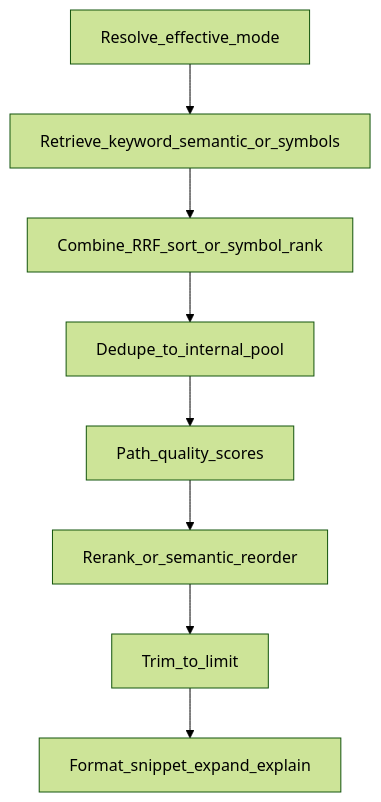
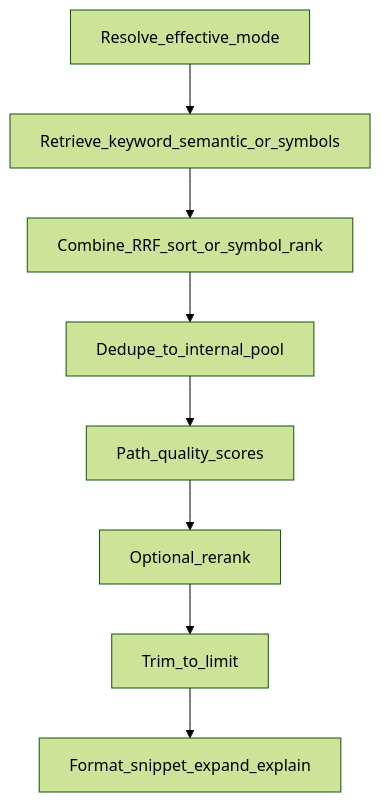
One commit to AndyAnh174/vibe-hnindex changed the diagram in docs/how-it-works.md. Above: the diagram before and after it, drawn with Mermaid (forest theme). The commit also changed other lines of this file and 51 other files, not shown here.

Commit message:
feat: v0.14.0 AST code graph and retrieval evaluation (#18)

````diff
--- a/docs/how-it-works.md
+++ b/docs/how-it-works.md
@@ -73,18 +73,18 @@
 ```mermaid
 flowchart TD
   resolve[Resolve_effective_mode]
   retrieve[Retrieve_keyword_semantic_or_symbols]
   combine[Combine_RRF_sort_or_symbol_rank]
   pool[Dedupe_to_internal_pool]
   pathq[Path_quality_scores]
-  rerankStep[Rerank_or_semantic_reorder]
+  rerankStep[Optional_rerank]
   trim[Trim_to_limit]
   format[Format_snippet_expand_explain]
   resolve --> retrieve
   retrieve --> combine
   combine --> pool
   pool --> pathq
   pathq --> rerankStep
   rerankStep --> trim
   trim --> format
 ```
````
